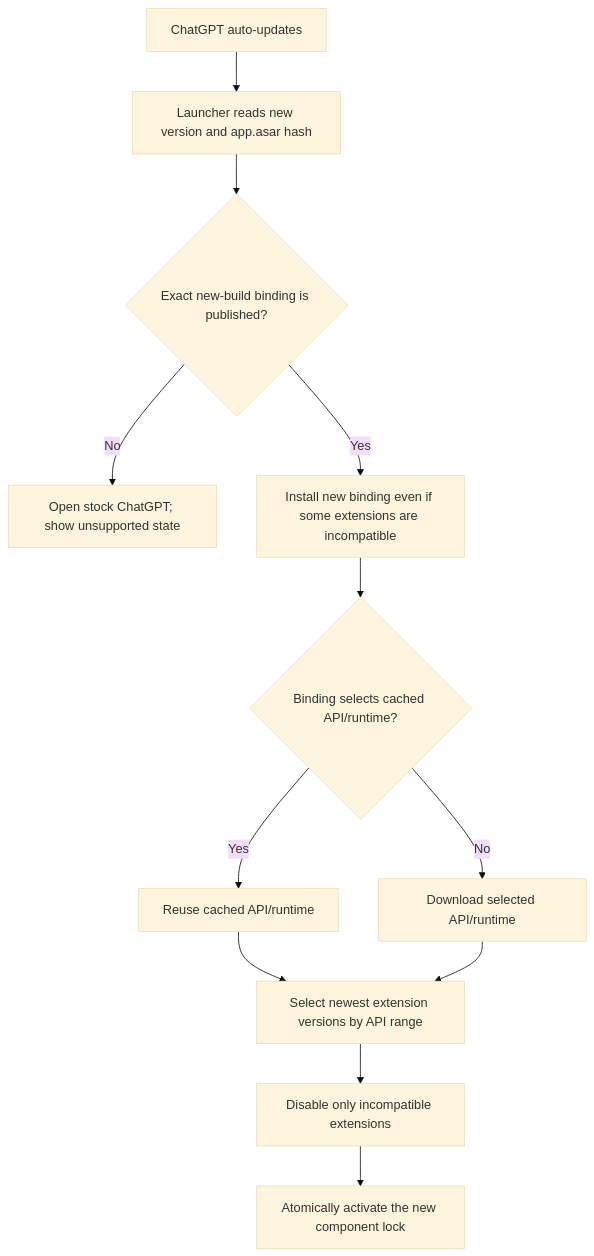
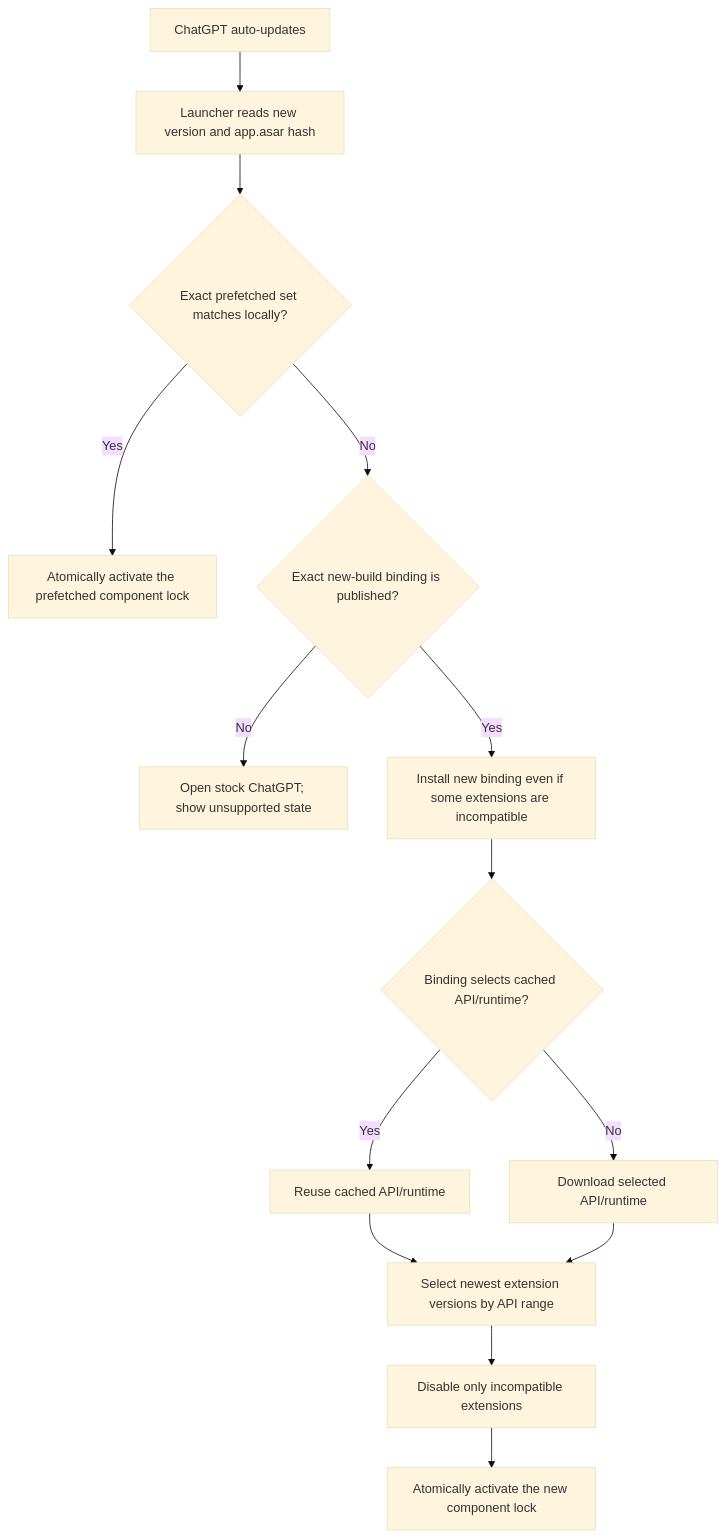
Before and after one commit to zats/chat-gpt-x: the second of 2 diagrams in docs/component-updates.md, drawn with Mermaid (base theme). The commit also changed other lines of this file and 3 other files, not shown here.

````diff
--- a/docs/component-updates.md
+++ b/docs/component-updates.md
@@ -181,14 +189,16 @@
 ```mermaid
 flowchart TD
     A["ChatGPT auto-updates"] --> B["Launcher reads new version and app.asar hash"]
-    B --> C{"Exact new-build binding is published?"}
+    B --> P{"Exact prefetched set matches locally?"}
+    P -- "Yes" --> M["Atomically activate the prefetched component lock"]
+    P -- "No" --> C{"Exact new-build binding is published?"}
     C -- "No" --> D["Open stock ChatGPT; show unsupported state"]
     C -- "Yes" --> E["Install new binding even if some extensions are incompatible"]
     E --> F{"Binding selects cached API/runtime?"}
     F -- "Yes" --> G["Reuse cached API/runtime"]
     F -- "No" --> H["Download selected API/runtime"]
     G --> I["Select newest extension versions by API range"]
     H --> I
     I --> J["Disable only incompatible extensions"]
     J --> K["Atomically activate the new component lock"]
 ```
````
